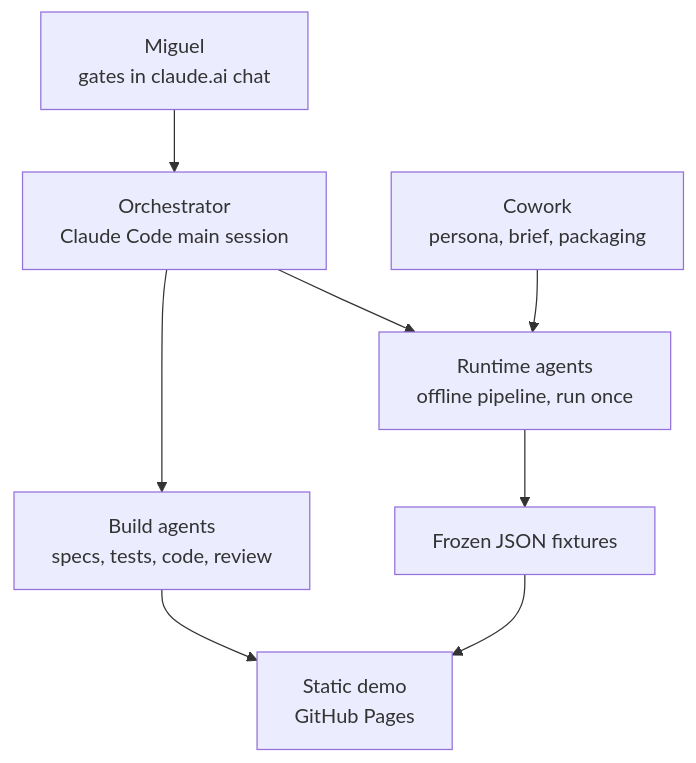
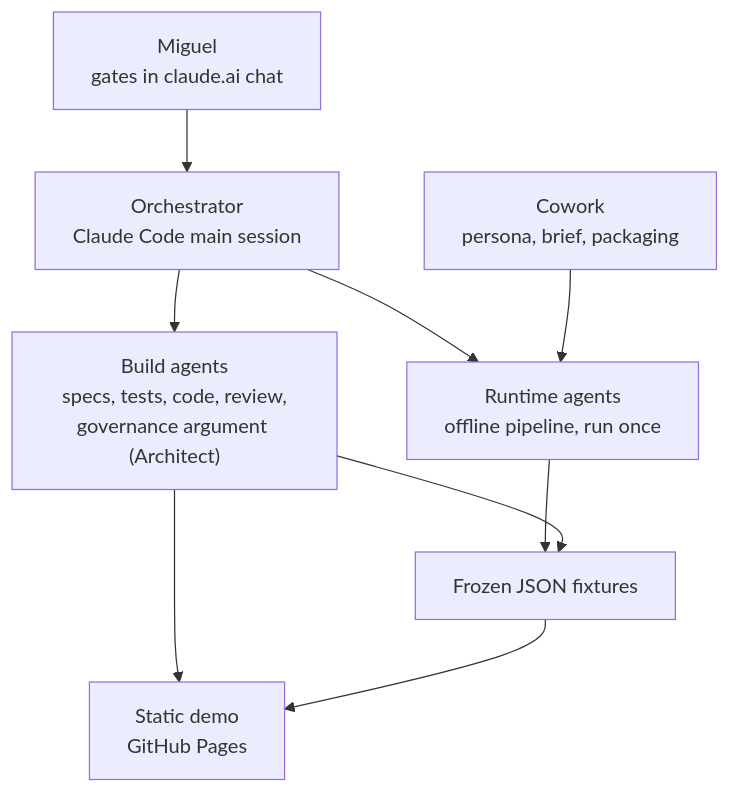
Before and after one commit to MackeyXXII/periscope: the first of 3 diagrams in docs/03-architecture.md, drawn with Mermaid. The commit also changed other lines of this file and 15 other files, not shown here.

````diff
--- a/docs/03-architecture.md
+++ b/docs/03-architecture.md
@@ -59,10 +64,11 @@
 ```mermaid
 flowchart TD
   MIG["Miguel<br/>gates in claude.ai chat"] --> ORC["Orchestrator<br/>Claude Code main session"]
-  ORC --> BUILD["Build agents<br/>specs, tests, code, review"]
+  ORC --> BUILD["Build agents<br/>specs, tests, code, review,<br/>governance argument (Architect)"]
   ORC --> RUN["Runtime agents<br/>offline pipeline, run once"]
   COW["Cowork<br/>persona, brief, packaging"] --> RUN
   RUN --> FIX["Frozen JSON fixtures"]
+  BUILD --> FIX
   BUILD --> DEMO["Static demo<br/>GitHub Pages"]
   FIX --> DEMO
 ```
````
